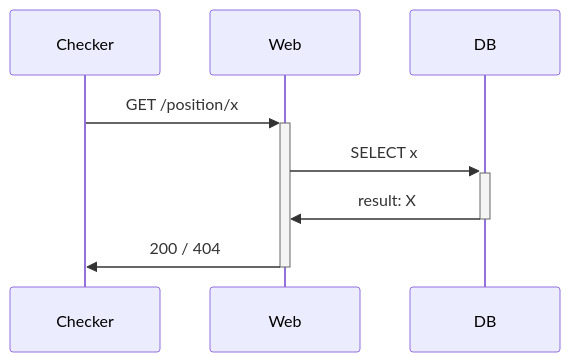
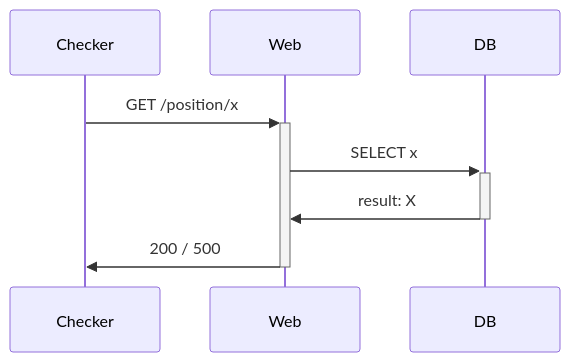
One commit to carboneater/test-in-prod-talk changed the fifth of 5 diagrams in talk.md. Above: the diagram before and after it, drawn with Mermaid. The commit also changed other lines of this file, not shown here.

````diff
--- a/talk.md
+++ b/talk.md
@@ -306,13 +289,13 @@
 ```mermaid
 sequenceDiagram
 
 participant c as Checker
 participant w as Web
 participant d as DB
 
 c ->> +w: GET /position/x
 w ->> +d: SELECT x;
 d ->> -w: result: X
-w ->> -c: 200 / 404
+w ->> -c: 200 / 500
 
 ```
````
